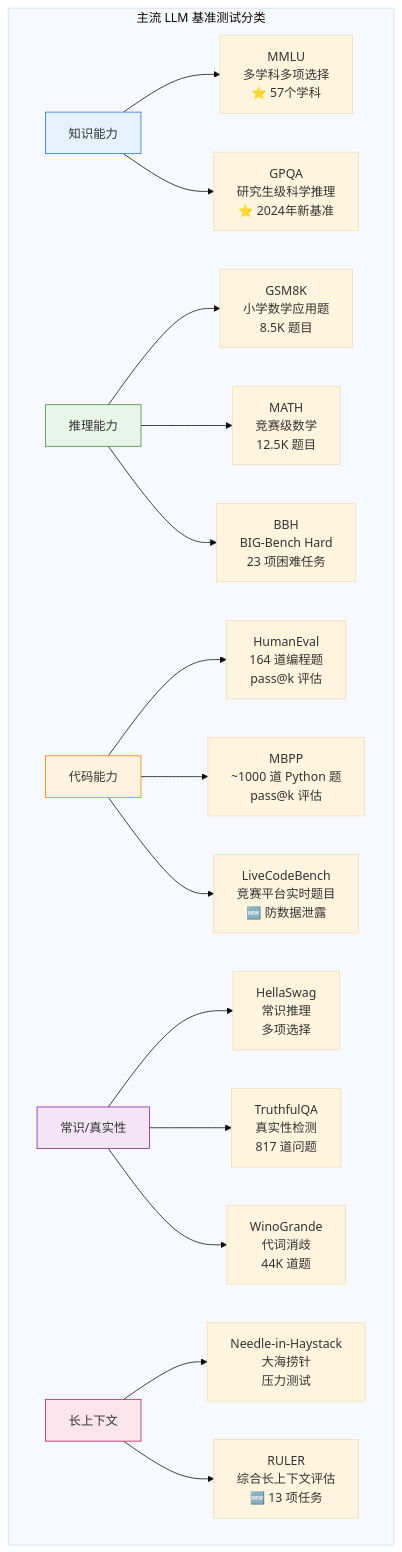
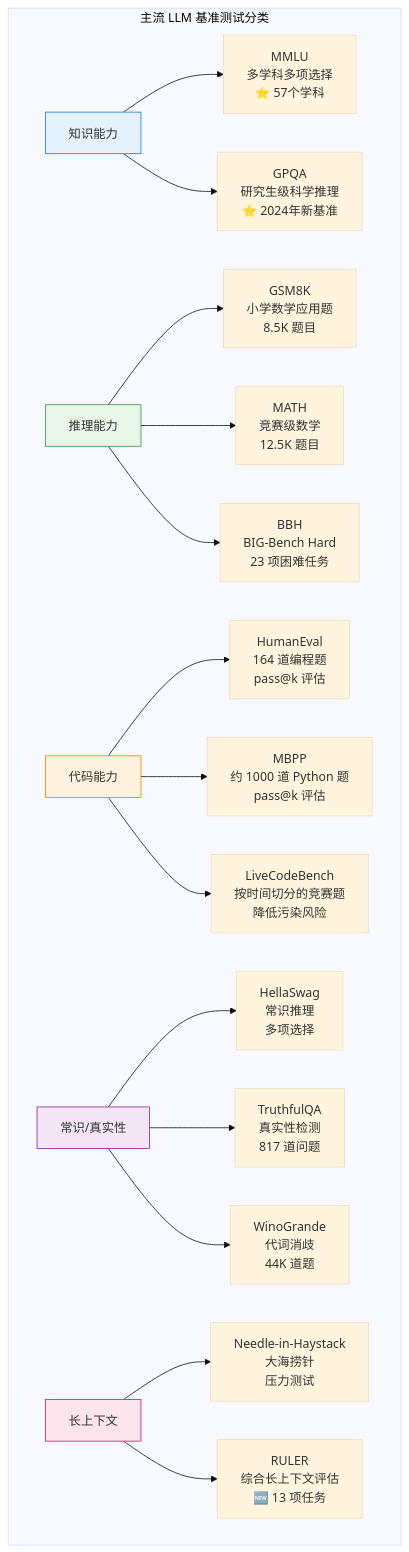
One commit to BeefWrap4/LLM-Knowledge-Base changed the fourth of 13 diagrams in 17_大模型评估体系.md. Above: the diagram before and after it, drawn with Mermaid (base theme). The commit also changed other lines of this file and 454 other files, not shown here.

````diff
--- a/17_大模型评估体系.md
+++ b/17_大模型评估体系.md
@@ -436,28 +366,28 @@
 ```mermaid
 graph TD
     subgraph "主流 LLM 基准测试分类"
         K["知识能力"] --> K1["MMLU<br/>多学科多项选择<br/>⭐ 57个学科"]
         K --> K2["GPQA<br/>研究生级科学推理<br/>⭐ 2024年新基准"]
         
         R["推理能力"] --> R1["GSM8K<br/>小学数学应用题<br/>8.5K 题目"]
         R --> R2["MATH<br/>竞赛级数学<br/>12.5K 题目"]
         R --> R3["BBH<br/>BIG-Bench Hard<br/>23 项困难任务"]
         
         C["代码能力"] --> C1["HumanEval<br/>164 道编程题<br/>pass@k 评估"]
-        C --> C2["MBPP<br/>~1000 道 Python 题<br/>pass@k 评估"]
-        C --> C3["LiveCodeBench<br/>竞赛平台实时题目<br/>🆕 防数据泄露"]
+        C --> C2["MBPP<br/>约 1000 道 Python 题<br/>pass@k 评估"]
+        C --> C3["LiveCodeBench<br/>按时间切分的竞赛题<br/>降低污染风险"]
         
         Com["常识/真实性"] --> Com1["HellaSwag<br/>常识推理<br/>多项选择"]
         Com --> Com2["TruthfulQA<br/>真实性检测<br/>817 道问题"]
         Com --> Com3["WinoGrande<br/>代词消歧<br/>44K 道题"]
         
         L["长上下文"] --> L1["Needle-in-Haystack<br/>大海捞针<br/>压力测试"]
         L --> L2["RULER<br/>综合长上下文评估<br/>🆕 13 项任务"]
     end
     
     style K fill:#e3f2fd,stroke:#1976d2
     style R fill:#e8f5e9,stroke:#388e3c
     style C fill:#fff3e0,stroke:#f57c00
     style Com fill:#f3e5f5,stroke:#7b1fa2
     style L fill:#fce4ec,stroke:#c2185b
 ```
````
